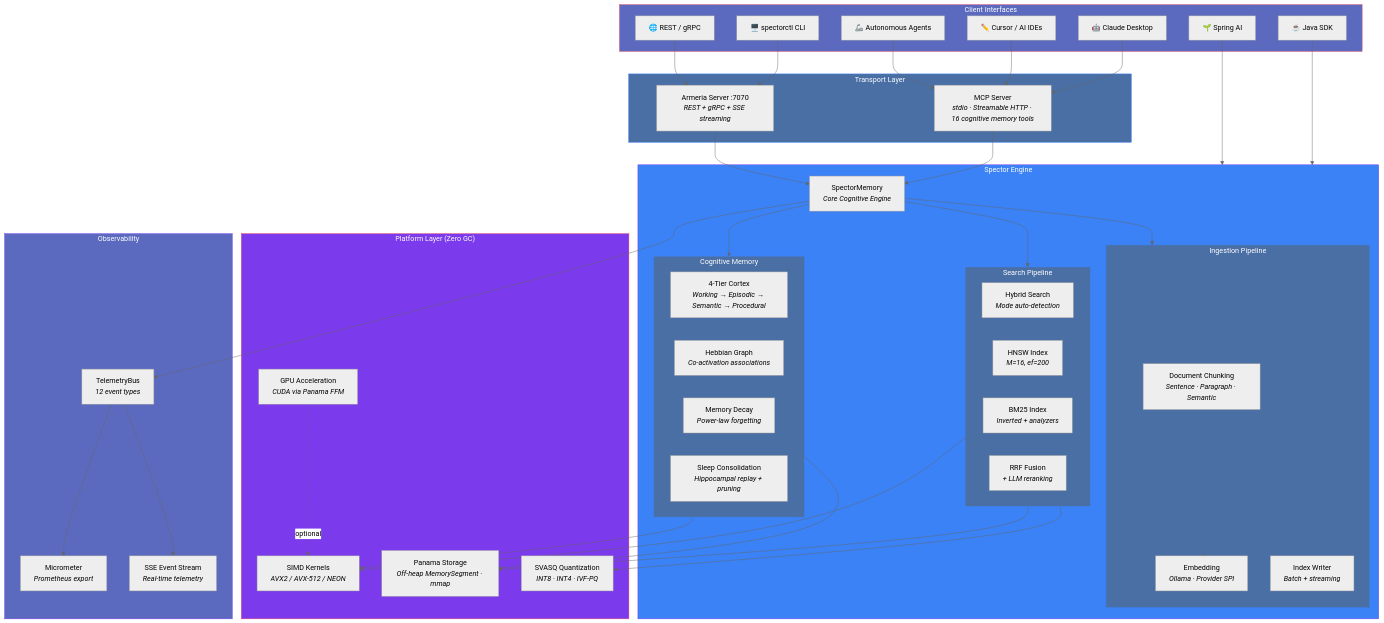
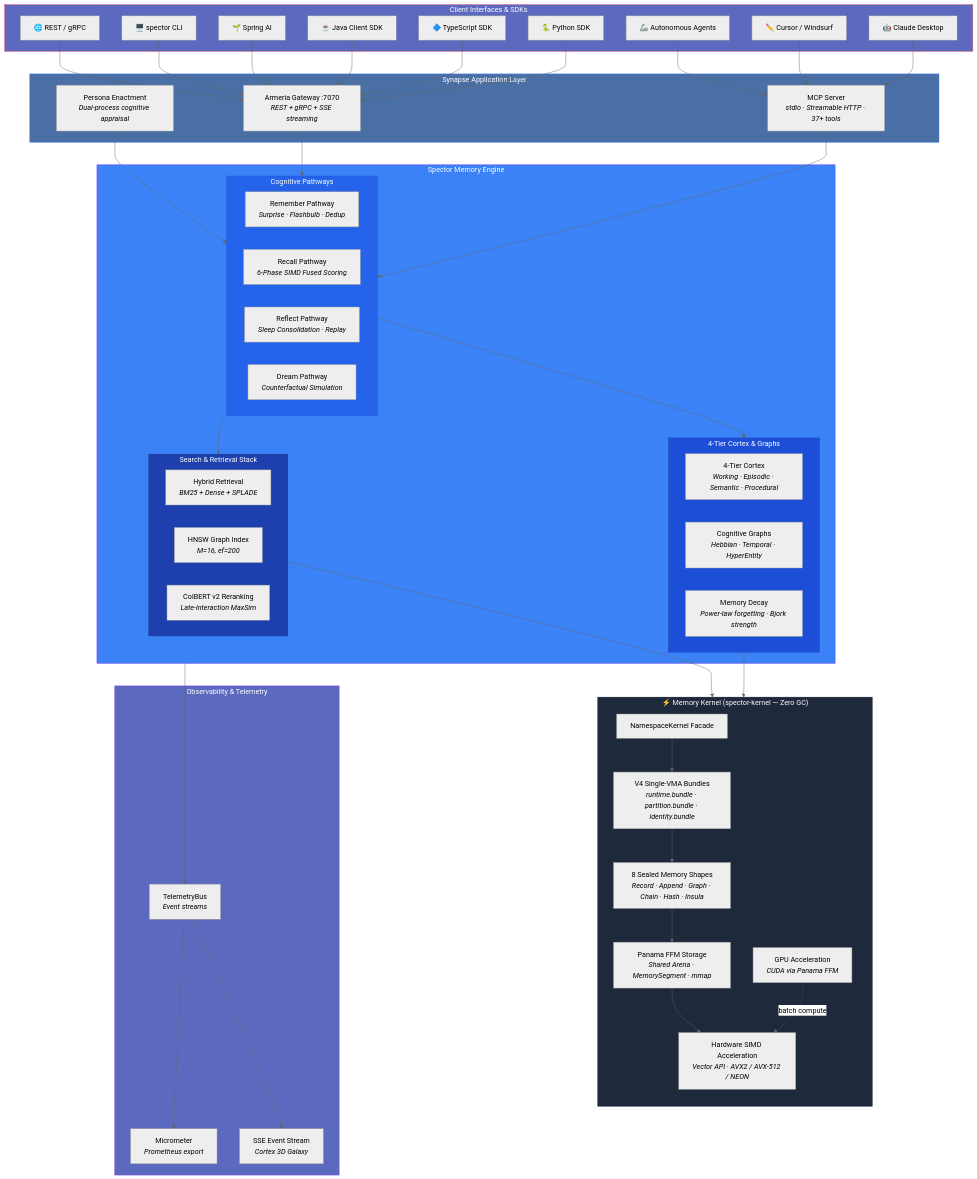
One commit to spectrayan/spector changed the first of 12 diagrams in docs/docs/architecture/overview.md. Above: the diagram before and after it, drawn with Mermaid (neutral theme). The commit also changed other lines of this file and 8 other files, not shown here.

First line of the commit message:
docs: overhaul landing page, multi-SDK quick connect, and 37-tool MCP registry

````diff
--- a/docs/docs/architecture/overview.md
+++ b/docs/docs/architecture/overview.md
@@ -14,79 +14,80 @@
 ```mermaid
 graph TB
-    subgraph Clients["Client Interfaces"]
+    subgraph Clients["Client Interfaces & SDKs"]
         claude["🤖 Claude Desktop"]
-        cursor["✏️ Cursor / AI IDEs"]
+        cursor["✏️ Cursor / Windsurf"]
         agents["🦾 Autonomous Agents"]
-        sdk["☕ Java SDK"]
+        py["🐍 Python SDK"]
+        ts["🔷 TypeScript SDK"]
+        sdk["☕ Java Client SDK"]
         spring["🌱 Spring AI"]
-        cli["🖥️ spectorctl CLI"]
+        cli["🖥️ spector CLI"]
         rest["🌐 REST / gRPC"]
     end
 
-    subgraph Transport["Transport Layer"]
-        mcp["MCP Server<br/><i>stdio · Streamable HTTP · 16 cognitive memory tools</i>"]
-        armeria["Armeria Server :7070<br/><i>REST + gRPC + SSE streaming</i>"]
+    subgraph Transport["Synapse Application Layer"]
+        mcp["MCP Server<br/><i>stdio · Streamable HTTP · 37+ tools</i>"]
+        armeria["Armeria Gateway :7070<br/><i>REST + gRPC + SSE streaming</i>"]
+        persona["Persona Enactment<br/><i>Dual-process cognitive appraisal</i>"]
     end
 
-    subgraph Engine["Spector Engine"]
-        runtime["SpectorMemory<br/><i>Core Cognitive Engine</i>"]
-
-        subgraph Search["Search Pipeline"]
-            hybrid["Hybrid Search<br/><i>Mode auto-detection</i>"]
-            hnsw["HNSW Index<br/><i>M=16, ef=200</i>"]
-            bm25["BM25 Index<br/><i>Inverted + analyzers</i>"]
-            rrf["RRF Fusion<br/><i>+ LLM reranking</i>"]
+    subgraph Engine["Spector Memory Engine"]
+        subgraph Pathways["Cognitive Pathways"]
+            rem["Remember Pathway<br/><i>Surprise · Flashbulb · Dedup</i>"]
+            rec["Recall Pathway<br/><i>6-Phase SIMD Fused Scoring</i>"]
+            ref["Reflect Pathway<br/><i>Sleep Consolidation · Replay</i>"]
+            drm["Dream Pathway<br/><i>Counterfactual Simulation</i>"]
         end
 
-        subgraph Memory["Cognitive Memory"]
-            cortex["4-Tier Cortex<br/><i>Working → Episodic → Semantic → Procedural</i>"]
-            hebbian["Hebbian Graph<br/><i>Co-activation associations</i>"]
-            decay["Memory Decay<br/><i>Power-law forgetting</i>"]
-            consolidation["Sleep Consolidation<br/><i>Hippocampal replay + pruning</i>"]
+        subgraph Memory["4-Tier Cortex & Graphs"]
+            cortex["4-Tier Cortex<br/><i>Working · Episodic · Semantic · Procedural</i>"]
+            hebbian["Cognitive Graphs<br/><i>Hebbian · Temporal · HyperEntity</i>"]
+            decay["Memory Decay<br/><i>Power-law forgetting · Bjork strength</i>"]
         end
 
-        subgraph Ingest["Ingestion Pipeline"]
-            chunking["Document Chunking<br/><i>Sentence · Paragraph · Semantic</i>"]
-            embedding["Embedding<br/><i>Ollama · Provider SPI</i>"]
-            indexing["Index Writer<br/><i>Batch + streaming</i>"]
+        subgraph Search["Search & Retrieval Stack"]
+            hybrid["Hybrid Retrieval<br/><i>BM25 + Dense + SPLADE</i>"]
+            hnsw["HNSW Graph Index<br/><i>M=16, ef=200</i>"]
+            colbert["ColBERT v2 Reranking<br/><i>Late-interaction MaxSim</i>"]
         end
     end
 
-    subgraph Platform["Platform Layer (Zero GC)"]
-        simd["SIMD Kernels<br/><i>AVX2 / AVX-512 / NEON</i>"]
-        panama["Panama Storage<br/><i>Off-heap MemorySegment · mmap</i>"]
-        quant["SVASQ Quantization<br/><i>INT8 · INT4 · IVF-PQ</i>"]
+    subgraph Kernel["⚡ Memory Kernel (spector-kernel — Zero GC)"]
+        direction TB
+        ns["NamespaceKernel Facade"]
+        bundles["V4 Single-VMA Bundles<br/><i>runtime.bundle · partition.bundle · identity.bundle</i>"]
+        shapes["8 Sealed Memory Shapes<br/><i>Record · Append · Graph · Chain · Hash · Insula</i>"]
+        panama["Panama FFM Storage<br/><i>Shared Arena · MemorySegment · mmap</i>"]
+        simd["Hardware SIMD Acceleration<br/><i>Vector API · AVX2 / AVX-512 / NEON</i>"]
         gpu["GPU Acceleration<br/><i>CUDA via Panama FFM</i>"]
     end
 
-    subgraph Observe["Observability"]
-        events["TelemetryBus<br/><i>12 event types</i>"]
+    subgraph Observe["Observability & Telemetry"]
+        events["TelemetryBus<br/><i>Event streams</i>"]
         metrics["Micrometer<br/><i>Prometheus export</i>"]
-        sse["SSE Event Stream<br/><i>Real-time telemetry</i>"]
+        sse["SSE Event Stream<br/><i>Cortex 3D Galaxy</i>"]
     end
 
     claude & cursor & agents --> mcp
-    sdk & spring --> Engine
+    py & ts & sdk & spring --> armeria
     cli & rest --> armeria
-    mcp & armeria --> runtime
+    mcp & armeria & persona --> Pathways
 
-    runtime --> Search & Memory & Ingest
+    Pathways --> Memory & Search
+    Memory & Search --> ns
+    ns --> bundles --> shapes --> panama
+    panama --> simd
+    gpu -.->|batch compute| simd
 
-    Search --> simd & panama & quant
-    Memory --> simd & panama
-    Ingest --> embedding
-
-    runtime --> events
+    Engine --> events
     events --> metrics & sse
-
-    gpu -.->|optional| simd
 
     style Clients fill:#5b6abf,stroke:#e94560,color:#fff
     style Transport fill:#4a6fa5,stroke:#3b82f6,color:#fff
     style Engine fill:#3b82f6,stroke:#7c3aed,color:#fff
-    style Platform fill:#7c3aed,stroke:#e94560,color:#fff
+    style Kernel fill:#1e293b,stroke:#0f172a,color:#fff
+    style Pathways fill:#2563eb,stroke:#1d4ed8,color:#fff
+    style Memory fill:#1d4ed8,stroke:#1e40af,color:#fff
+    style Search fill:#1e40af,stroke:#1e3a8a,color:#fff
     style Observe fill:#5b6abf,stroke:#7c3aed,color:#fff
-    style Search fill:#4a6fa5,stroke:#3b82f6,color:#fff
-    style Memory fill:#4a6fa5,stroke:#3b82f6,color:#fff
-    style Ingest fill:#4a6fa5,stroke:#3b82f6,color:#fff
 ```
````
